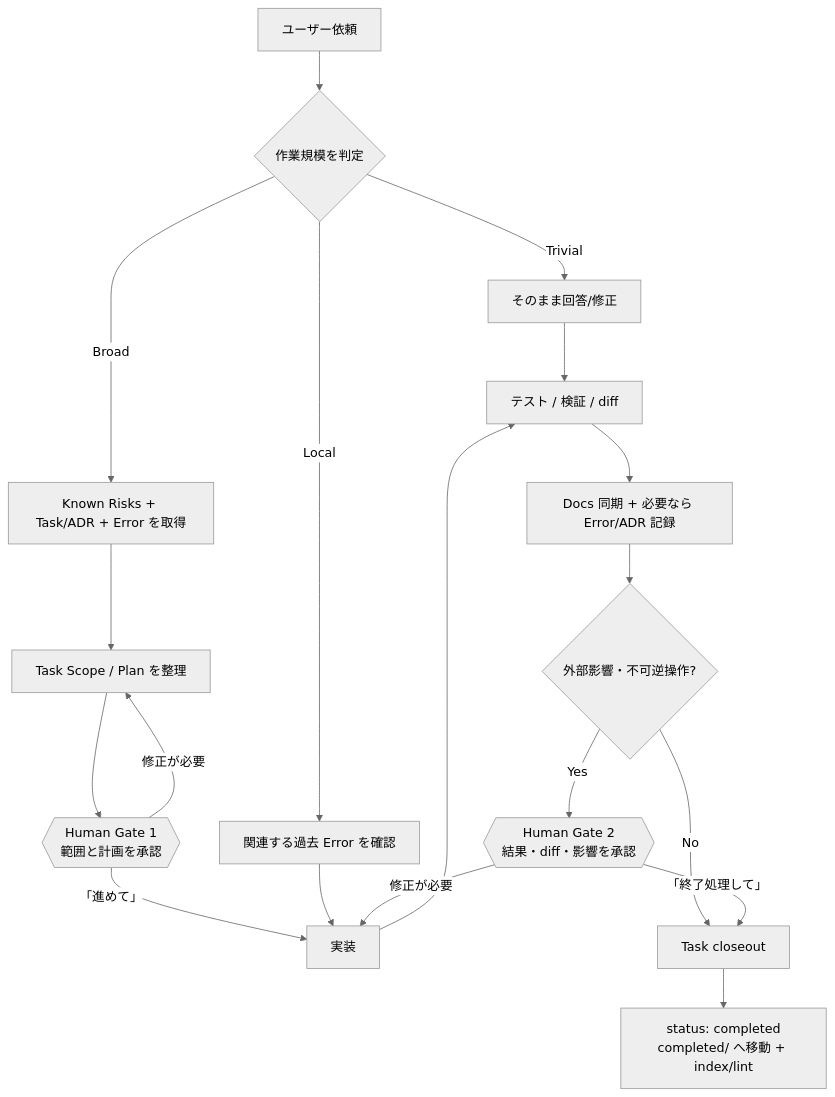
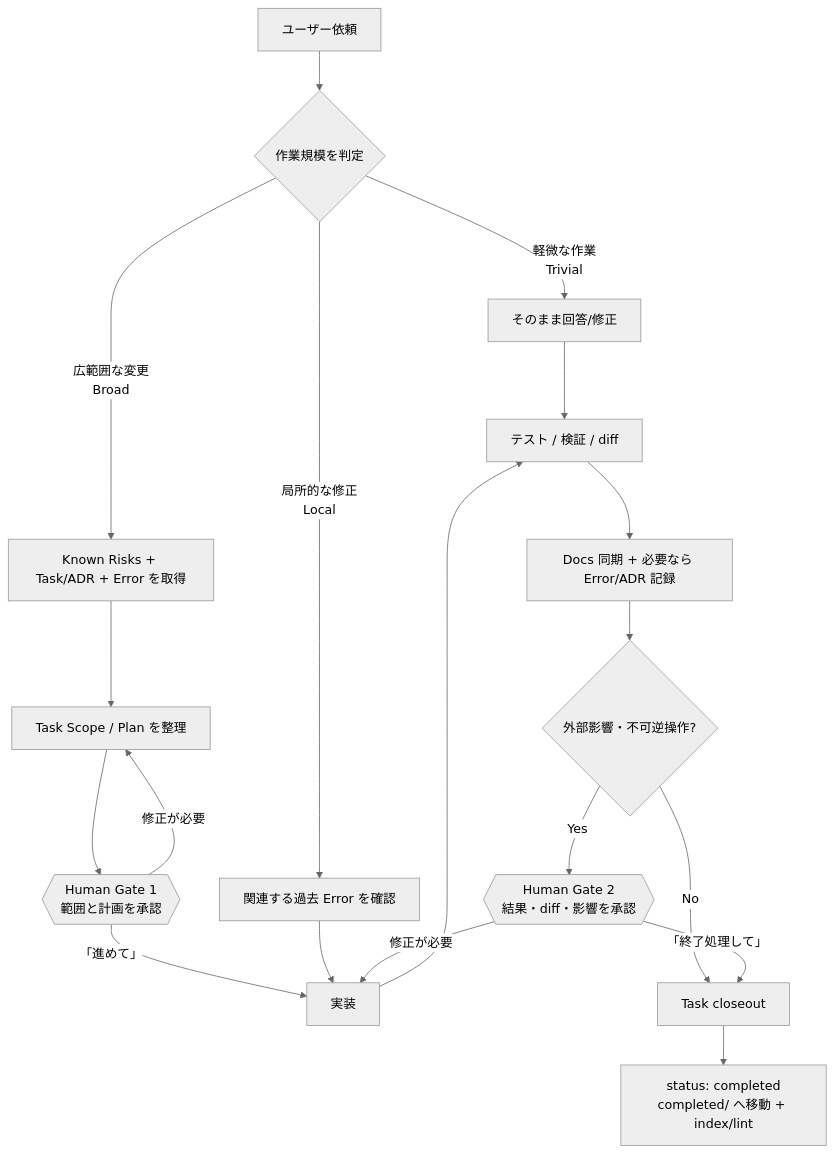
The diagram in docs/GUIDE.ja.md (blackstrawberry/agent-os), drawn with Mermaid (neutral theme) before and after one commit. The commit also changed other lines of this file, not shown here.

````diff
--- a/docs/GUIDE.ja.md
+++ b/docs/GUIDE.ja.md
@@ -30,25 +30,25 @@
 ```mermaid
 flowchart TD
     A[ユーザー依頼] --> B{作業規模を判定}
-    B -->|Trivial| T[そのまま回答/修正]
-    B -->|Local| E[関連する過去 Error を確認]
-    B -->|Broad| K[Known Risks + Task/ADR + Error を取得]
+    B -->|軽微な作業<br/>Trivial| T[そのまま回答/修正]
+    B -->|局所的な修正<br/>Local| E[関連する過去 Error を確認]
+    B -->|広範囲な変更<br/>Broad| K[Known Risks + Task/ADR + Error を取得]
 
     K --> P[Task Scope / Plan を整理]
     P --> G1{{Human Gate 1<br/>範囲と計画を承認}}
     G1 -->|修正が必要| P
     G1 -->|「進めて」| I[実装]
 
     E --> I
     T --> V[必要な検証]
     I --> V[テスト / 検証 / diff]
 
     V --> D[Docs 同期 + 必要なら Error/ADR 記録]
     D --> X{外部影響・不可逆操作?}
     X -->|Yes| G2{{Human Gate 2<br/>結果・diff・影響を承認}}
     X -->|No| C[Task closeout]
     G2 -->|修正が必要| I
     G2 -->|「終了処理して」| C
 
     C --> F[status: completed<br/>completed/ へ移動 + index/lint]
 ```
````
